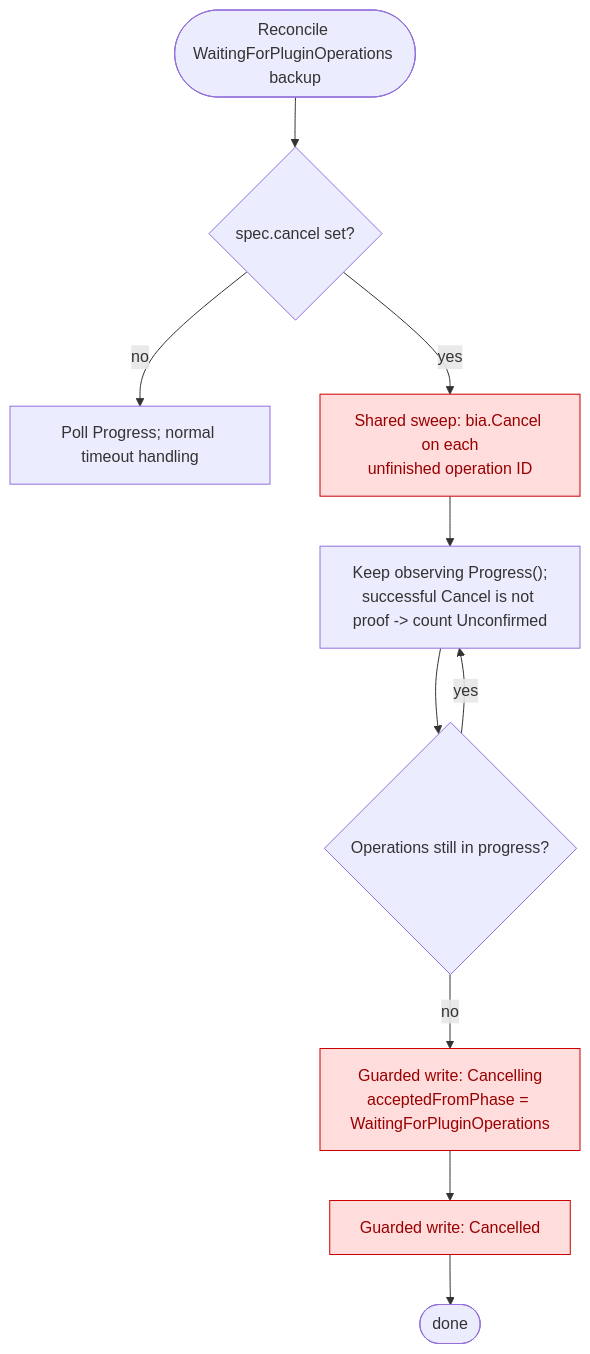
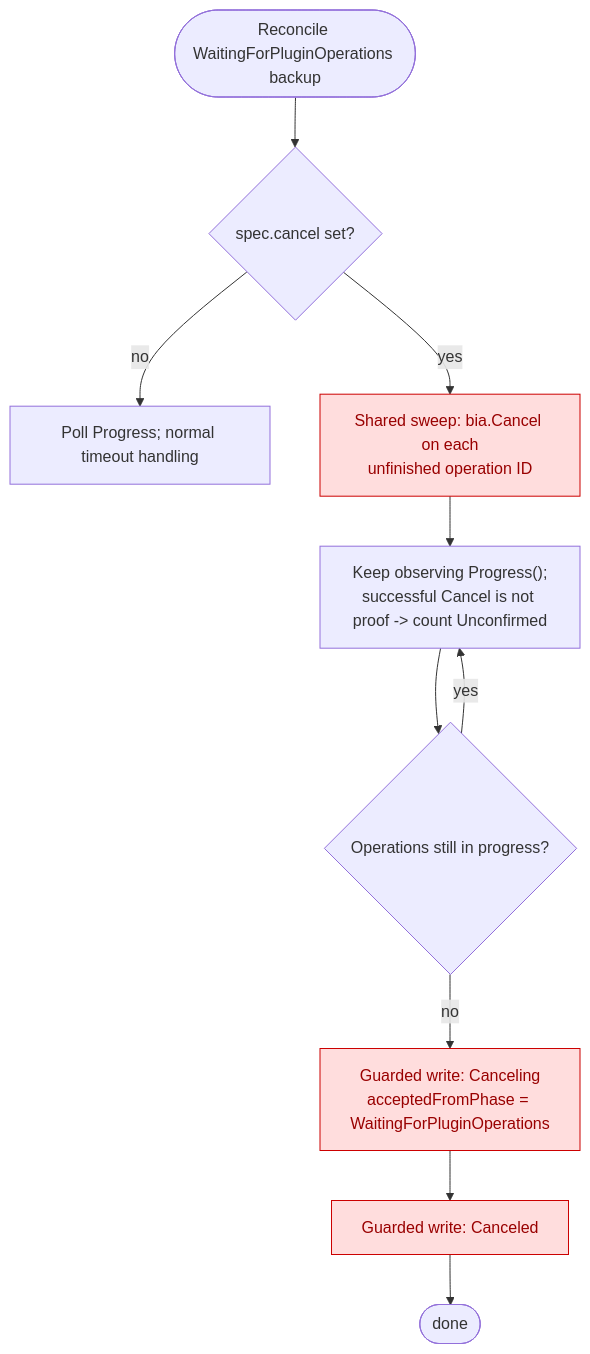
Before and after one commit to vmware-tanzu/velero: the fourth of 6 diagrams in design/backup-cancellation_design.md, drawn with Mermaid. The commit also changed other lines of this file, not shown here.

First line of the commit message:
Use US spelling (Canceling/Canceled) in backup cancellation design

````diff
--- a/design/backup-cancellation_design.md
+++ b/design/backup-cancellation_design.md
@@ -346,15 +346,15 @@
 ```mermaid
 flowchart TD
     A([Reconcile WaitingForPluginOperations backup]) --> B{spec.cancel set?}
     B -- no --> C[Poll Progress; normal timeout handling]
     B -- yes --> D["Shared sweep: bia.Cancel on each<br/>unfinished operation ID"]
     D --> E["Keep observing Progress();<br/>successful Cancel is not proof -> count Unconfirmed"]
     E --> F{Operations still in progress?}
     F -- yes --> E
-    F -- no --> G["Guarded write: Cancelling<br/>acceptedFromPhase = WaitingForPluginOperations"]
-    G --> H[Guarded write: Cancelled]
+    F -- no --> G["Guarded write: Canceling<br/>acceptedFromPhase = WaitingForPluginOperations"]
+    G --> H[Guarded write: Canceled]
     H --> I([done])
 
     classDef cancel fill:#fdd,stroke:#c00,color:#900
     class D,G,H cancel
 ```
````
